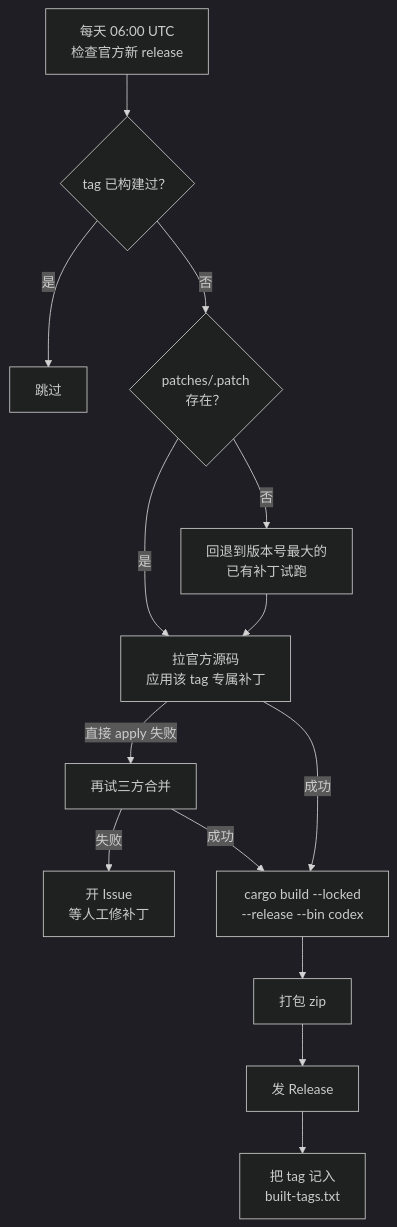
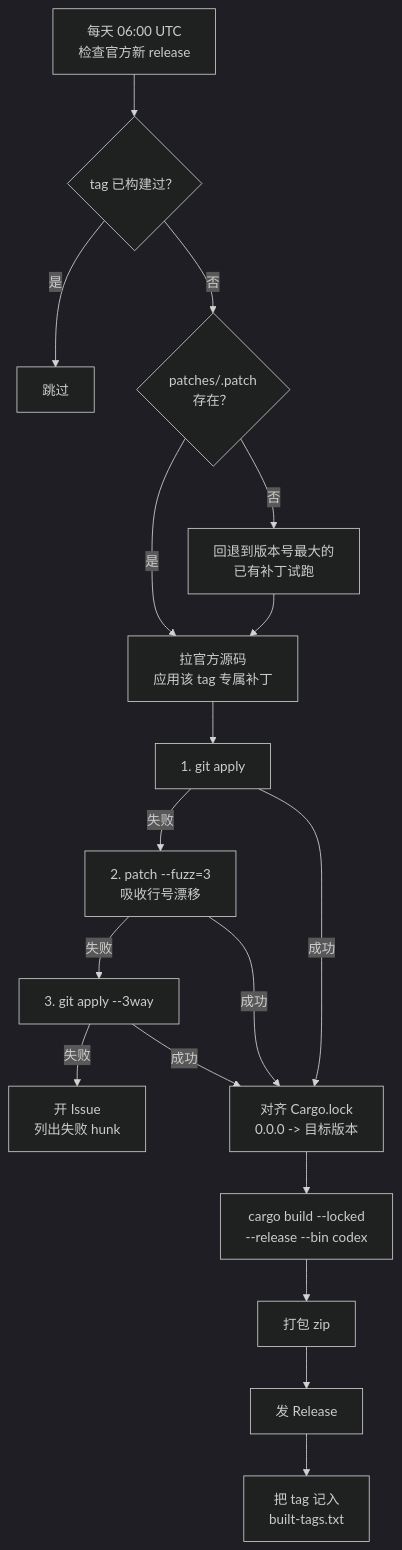
The diagram in CODEX-BUILD.md (owwkmidream/codex), drawn with Mermaid (dark theme) before and after one commit. The commit also changed other lines of this file and 9 other files, not shown here.

First line of the commit message:
修复两处编译级缺陷；补丁剔除 Cargo.lock，CI 加 fuzz 兜底

````diff
--- a/CODEX-BUILD.md
+++ b/CODEX-BUILD.md
@@ -60,16 +60,20 @@
 ```mermaid
 flowchart TB
   C["每天 06:00 UTC<br/>检查官方新 release"] --> N{"tag 已构建过？"}
   N -->|是| S["跳过"]
   N -->|否| K{"patches/<tag>.patch<br/>存在？"}
   K -->|是| P["拉官方源码<br/>应用该 tag 专属补丁"]
   K -->|否| F["回退到版本号最大的<br/>已有补丁试跑"]
   F --> P
-  P -->|"直接 apply 失败"| T["再试三方合并"]
-  T -->|失败| I["开 Issue<br/>等人工修补丁"]
-  P -->|成功| B["cargo build --locked<br/>--release --bin codex"]
-  T -->|成功| B
+  P --> A1["1. git apply"]
+  A1 -->|失败| A2["2. patch --fuzz=3<br/>吸收行号漂移"]
+  A2 -->|失败| A3["3. git apply --3way"]
+  A3 -->|失败| I["开 Issue<br/>列出失败 hunk"]
+  A1 -->|成功| L["对齐 Cargo.lock<br/>0.0.0 -> 目标版本"]
+  A2 -->|成功| L
+  A3 -->|成功| L
+  L --> B["cargo build --locked<br/>--release --bin codex"]
   B --> Z["打包 zip"]
   Z --> R["发 Release"]
   R --> M["把 tag 记入<br/>built-tags.txt"]
 ```
````
